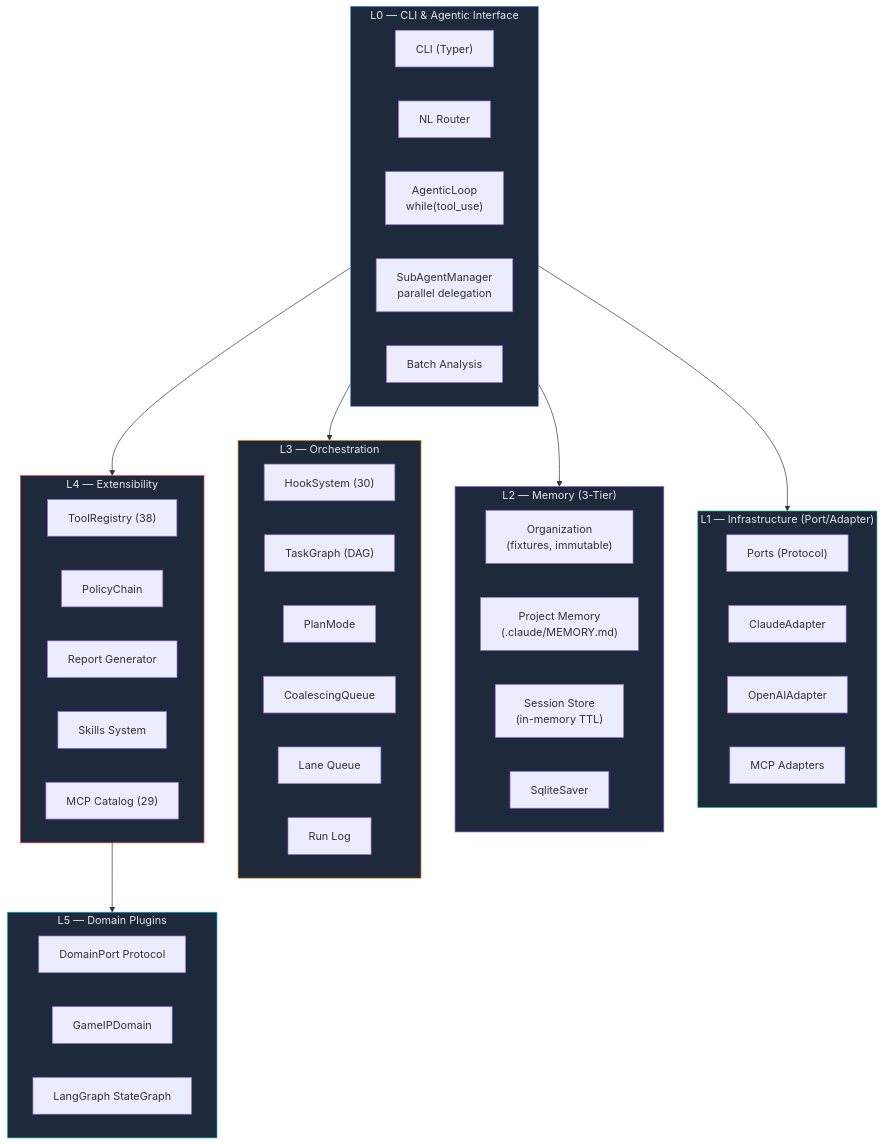
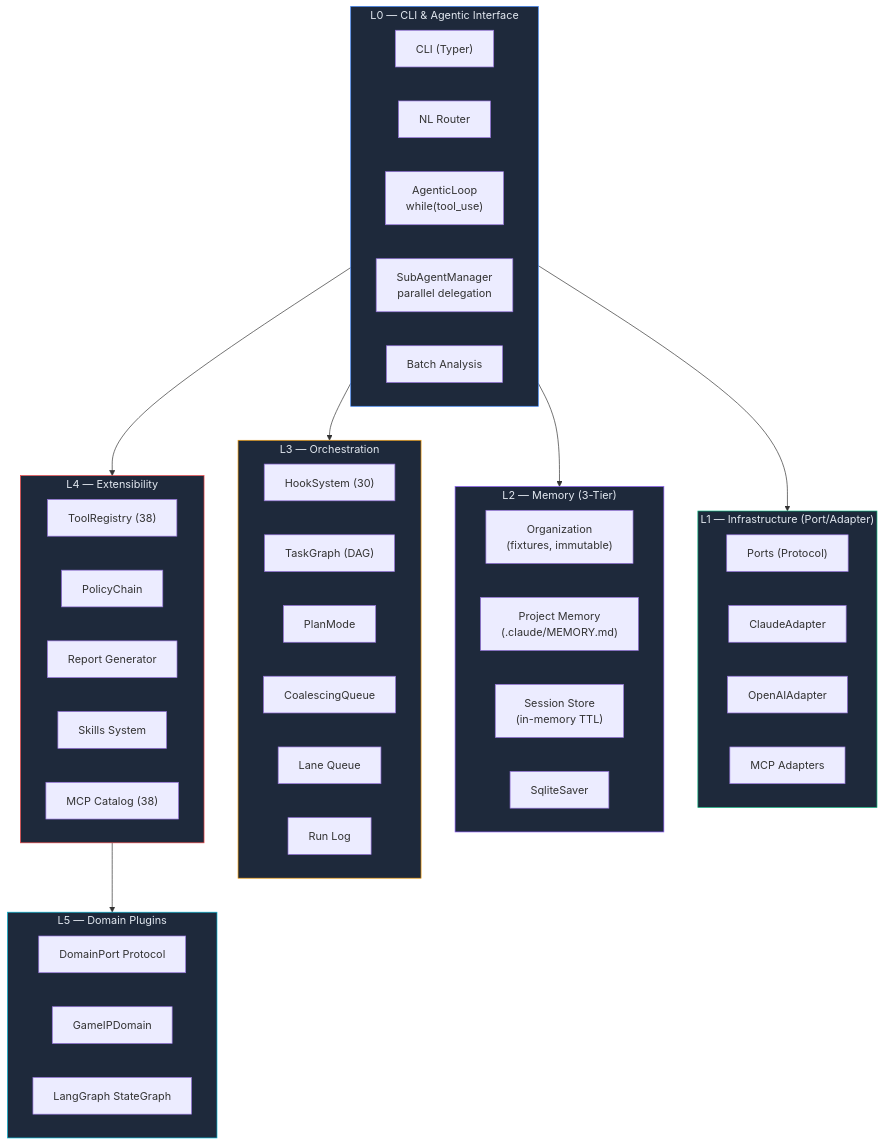
One commit to mangowhoiscloud/geode changed the first of 11 diagrams in README.md. Above: the diagram before and after it, drawn with Mermaid. The commit also changed other lines of this file and 1 other file, not shown here.

````diff
--- a/README.md
+++ b/README.md
@@ -63,60 +77,60 @@
 ```mermaid
 graph TB
     subgraph L0["L0 — CLI & Agentic Interface"]
         CLI["CLI (Typer)"]
         NLR["NL Router"]
         AL["AgenticLoop<br/>while(tool_use)"]
         SubA["SubAgentManager<br/>parallel delegation"]
         Batch["Batch Analysis"]
     end
 
     subgraph L1["L1 — Infrastructure (Port/Adapter)"]
         direction LR
         Ports["Ports (Protocol)"]
         Claude["ClaudeAdapter"]
         OpenAI["OpenAIAdapter"]
         MCP["MCP Adapters"]
     end
 
     subgraph L2["L2 — Memory (3-Tier)"]
         Org["Organization<br/>(fixtures, immutable)"]
         Project["Project Memory<br/>(.claude/MEMORY.md)"]
         Session["Session Store<br/>(in-memory TTL)"]
         Checkpoint["SqliteSaver"]
     end
 
     subgraph L3["L3 — Orchestration"]
         Hooks["HookSystem (30)"]
         Tasks["TaskGraph (DAG)"]
         Plan["PlanMode"]
         Coal["CoalescingQueue"]
         Lanes["Lane Queue"]
         RunLog["Run Log"]
     end
 
     subgraph L4["L4 — Extensibility"]
         Tools["ToolRegistry (38)"]
         Policy["PolicyChain"]
         Reports["Report Generator"]
         Skills["Skills System"]
-        MCPCat["MCP Catalog (29)"]
+        MCPCat["MCP Catalog (38)"]
     end
 
     subgraph L5["L5 — Domain Plugins"]
         Domain["DomainPort Protocol"]
         GameIP["GameIPDomain"]
         Pipeline["LangGraph StateGraph"]
     end
 
     L0 --> L1
     L0 --> L2
     L0 --> L3
     L0 --> L4
     L4 --> L5
     style L0 fill:#1e293b,stroke:#3b82f6,color:#e2e8f0
     style L1 fill:#1e293b,stroke:#10b981,color:#e2e8f0
     style L2 fill:#1e293b,stroke:#8b5cf6,color:#e2e8f0
     style L3 fill:#1e293b,stroke:#f59e0b,color:#e2e8f0
     style L4 fill:#1e293b,stroke:#ef4444,color:#e2e8f0
     style L5 fill:#1e293b,stroke:#06b6d4,color:#e2e8f0
 ```
````
